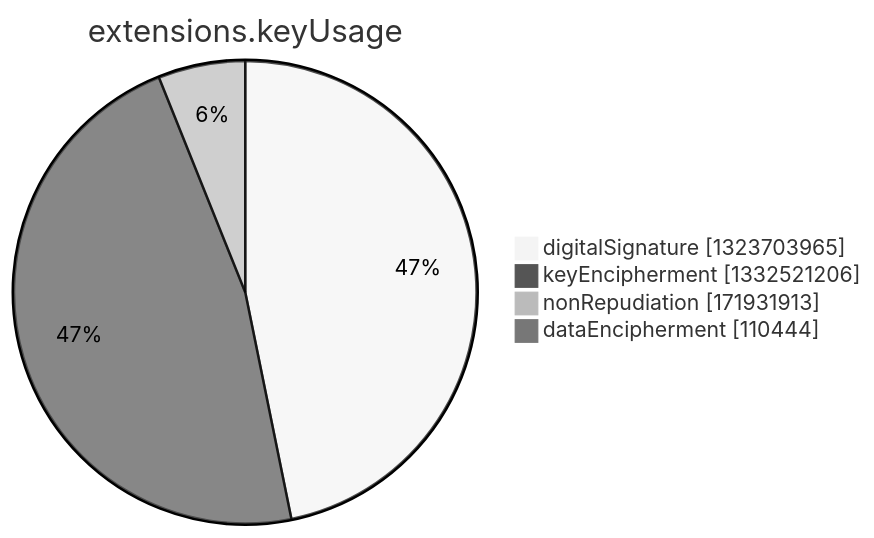
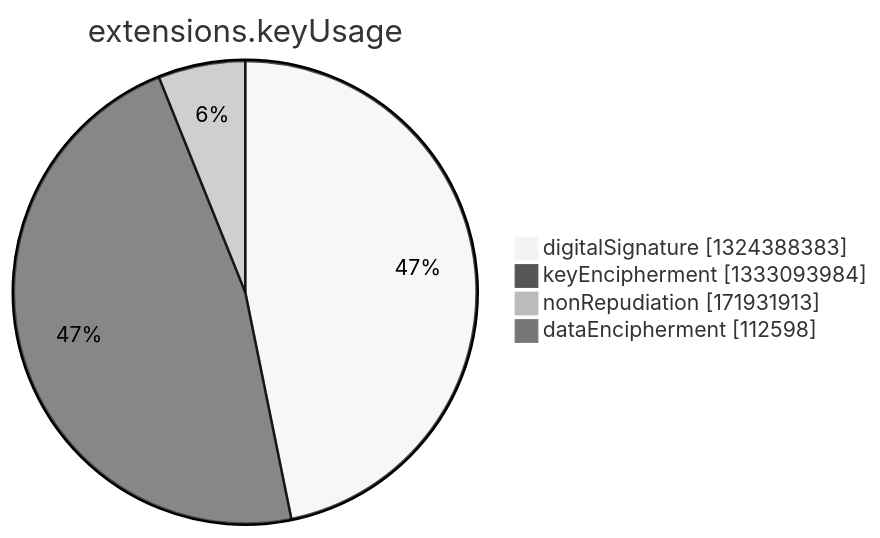
The seventh of 15 diagrams in argon2022/README.md (christiankrug/ctmonitor_visualization), drawn with Mermaid (neutral theme) before and after one commit. The commit also changed other lines of this file, not shown here.

````diff
--- a/argon2022/README.md
+++ b/argon2022/README.md
@@ -2750,8 +2750,8 @@
 ```mermaid
 pie showData
 title extensions.keyUsage
-"digitalSignature" :1323703965
-"keyEncipherment" :1332521206
+"digitalSignature" :1324388383
+"keyEncipherment" :1333093984
 "nonRepudiation" :171931913
-"dataEncipherment" :110444
+"dataEncipherment" :112598
 ```
````
